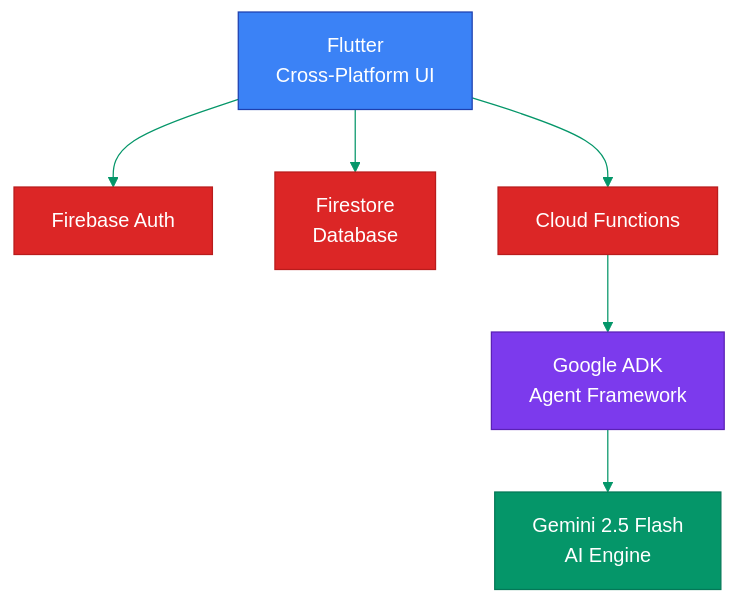
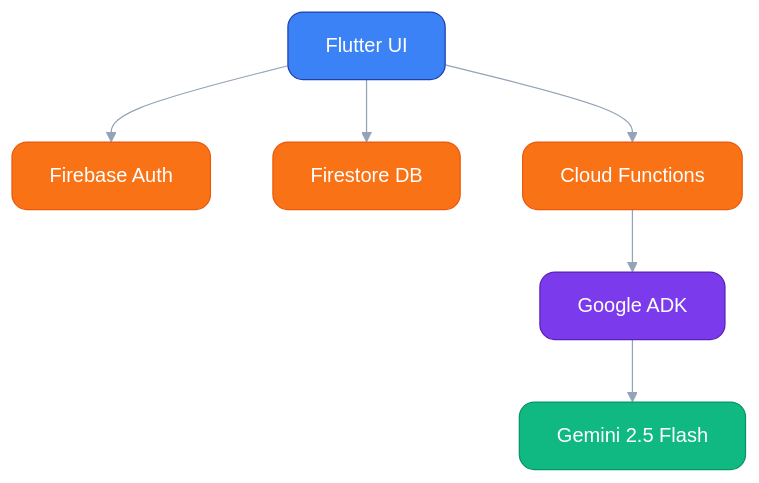
Before and after one commit to szeyu/open-ssyok-finance: the diagram in slidev-pitch-deck/slides.md, drawn with Mermaid. The commit also changed other lines of this file and 7 other files, not shown here.

````diff
--- a/slidev-pitch-deck/slides.md
+++ b/slidev-pitch-deck/slides.md
@@ -277,16 +351,16 @@
 ```mermaid
-%%{init: {'theme':'base', 'themeVariables': {'primaryColor':'#065f46','primaryTextColor':'#000','primaryBorderColor':'#047857','lineColor':'#059669','secondaryColor':'#1e40af','secondaryTextColor':'#000','secondaryBorderColor':'#2563eb','tertiaryColor':'#dc2626','tertiaryTextColor':'#fff','tertiaryBorderColor':'#b91c1c'}}}%%
+%%{init: {'theme':'base', 'themeVariables': {'primaryColor':'#10b981','primaryTextColor':'#fff','primaryBorderColor':'#059669','lineColor':'#94a3b8','secondaryColor':'#3b82f6','tertiaryColor':'#7c3aed','fontFamily':'Plus Jakarta Sans'}}}%%
 flowchart TB
-    A[Flutter<br/>Cross-Platform UI] --> B[Firebase Auth]
-    A --> C[Firestore<br/>Database]
-    A --> D[Cloud Functions]
-    D --> ADK[Google ADK<br/>Agent Framework]
-    ADK --> E[Gemini 2.5 Flash<br/>AI Engine]
-    
-    style A fill:#3b82f6,stroke:#1e40af,color:#fff
-    style B fill:#dc2626,stroke:#b91c1c,color:#fff
-    style C fill:#dc2626,stroke:#b91c1c,color:#fff
-    style D fill:#dc2626,stroke:#b91c1c,color:#fff
-    style ADK fill:#7c3aed,stroke:#5b21b6,color:#fff
-    style E fill:#059669,stroke:#047857,color:#fff
+    A["Flutter UI"] --> B["Firebase Auth"]
+    A --> C["Firestore DB"]
+    A --> D["Cloud Functions"]
+    D --> ADK["Google ADK"]
+    ADK --> E["Gemini 2.5 Flash"]
+
+    style A fill:#3b82f6,stroke:#1e40af,color:#fff,rx:12
+    style B fill:#f97316,stroke:#ea580c,color:#fff,rx:12
+    style C fill:#f97316,stroke:#ea580c,color:#fff,rx:12
+    style D fill:#f97316,stroke:#ea580c,color:#fff,rx:12
+    style ADK fill:#7c3aed,stroke:#5b21b6,color:#fff,rx:12
+    style E fill:#10b981,stroke:#059669,color:#fff,rx:12
 ```
````
